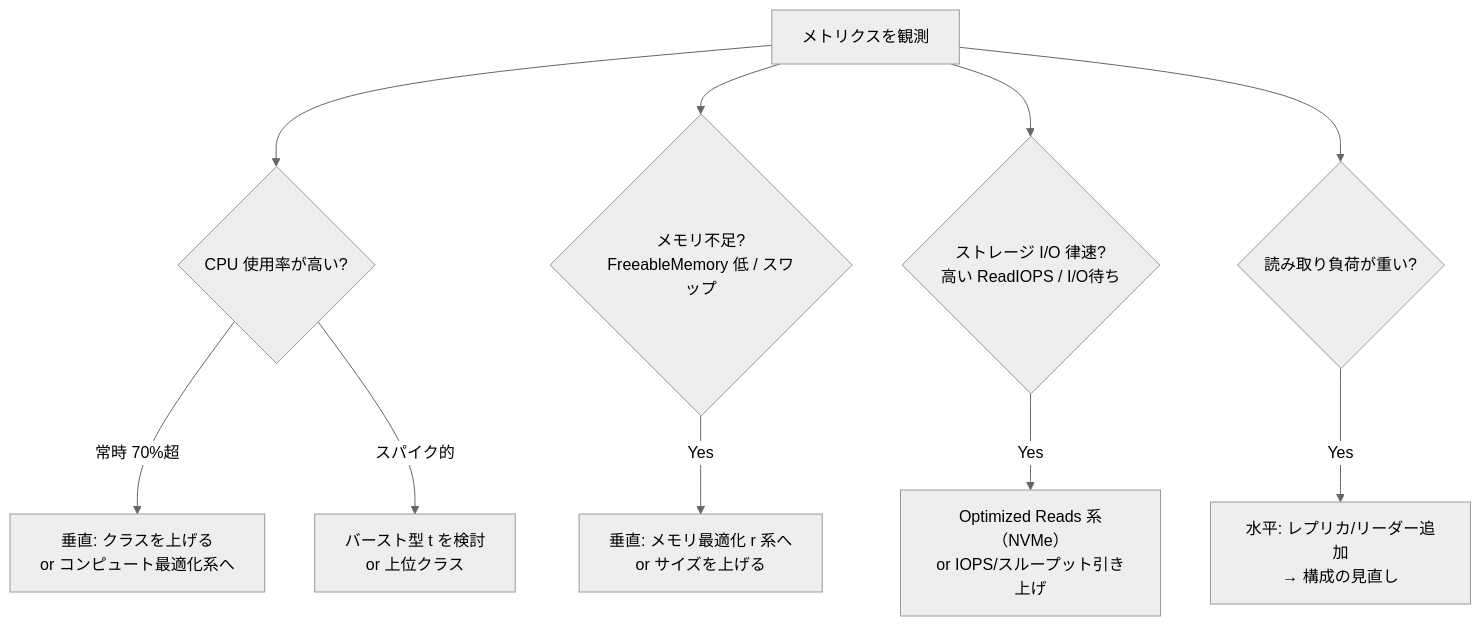
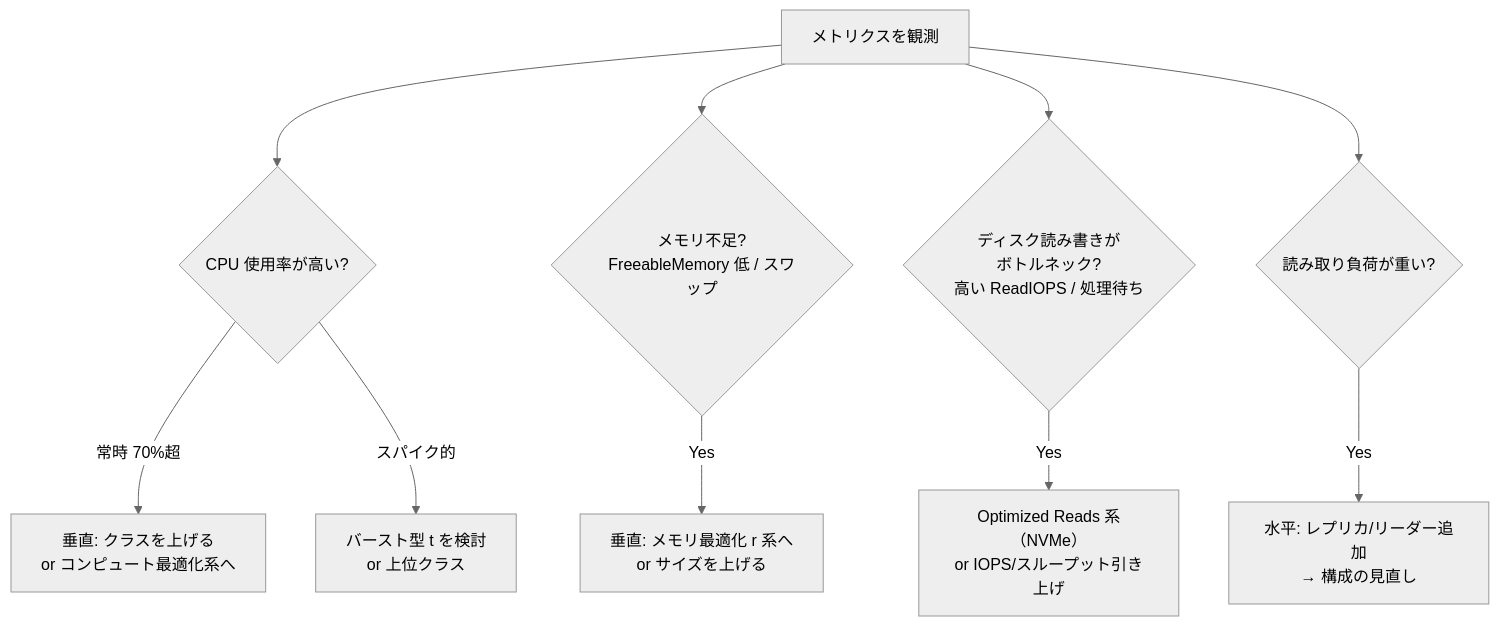
The diagram in docs/aws-rds-capacity-sizing.md (0000masa/react-laravel-practice-public), drawn with Mermaid (neutral theme) before and after one commit. The commit also changed other lines of this file, not shown here.

````diff
--- a/docs/aws-rds-capacity-sizing.md
+++ b/docs/aws-rds-capacity-sizing.md
@@ -34,12 +35,12 @@
 ```mermaid
 flowchart TD
     M[メトリクスを観測] --> CPU{CPU 使用率が高い?}
     CPU -->|常時 70%超| UP1[垂直: クラスを上げる<br/>or コンピュート最適化系へ]
     CPU -->|スパイク的| BURST[バースト型 t を検討<br/>or 上位クラス]
     M --> MEM{メモリ不足?<br/>FreeableMemory 低 / スワップ}
     MEM -->|Yes| UP2[垂直: メモリ最適化 r 系へ<br/>or サイズを上げる]
-    M --> IO{ストレージ I/O 律速?<br/>高い ReadIOPS / I/O待ち}
+    M --> IO{ディスク読み書きが<br/>ボトルネック?<br/>高い ReadIOPS / 処理待ち}
     IO -->|Yes| OPT[Optimized Reads 系（NVMe）<br/>or IOPS/スループット引き上げ]
     M --> READ{読み取り負荷が重い?}
     READ -->|Yes| OUT[水平: レプリカ/リーダー追加<br/>→ 構成の見直し]
 ```
````
